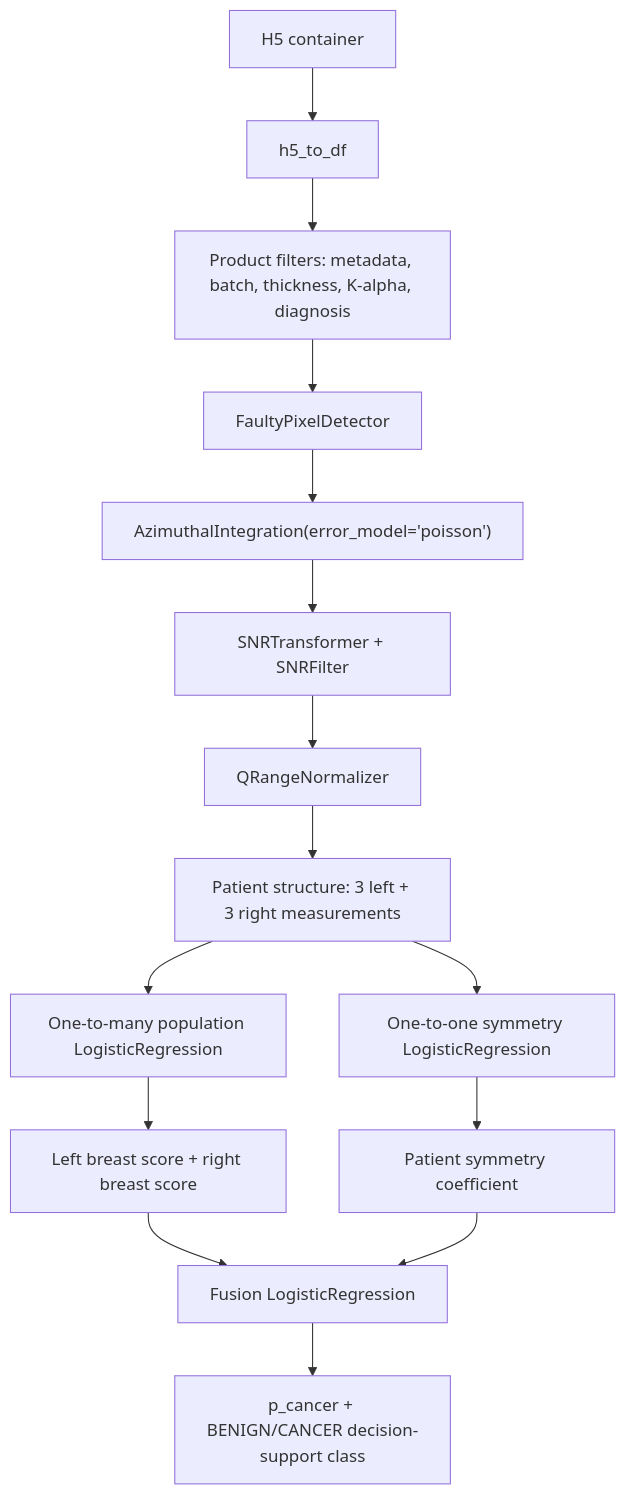
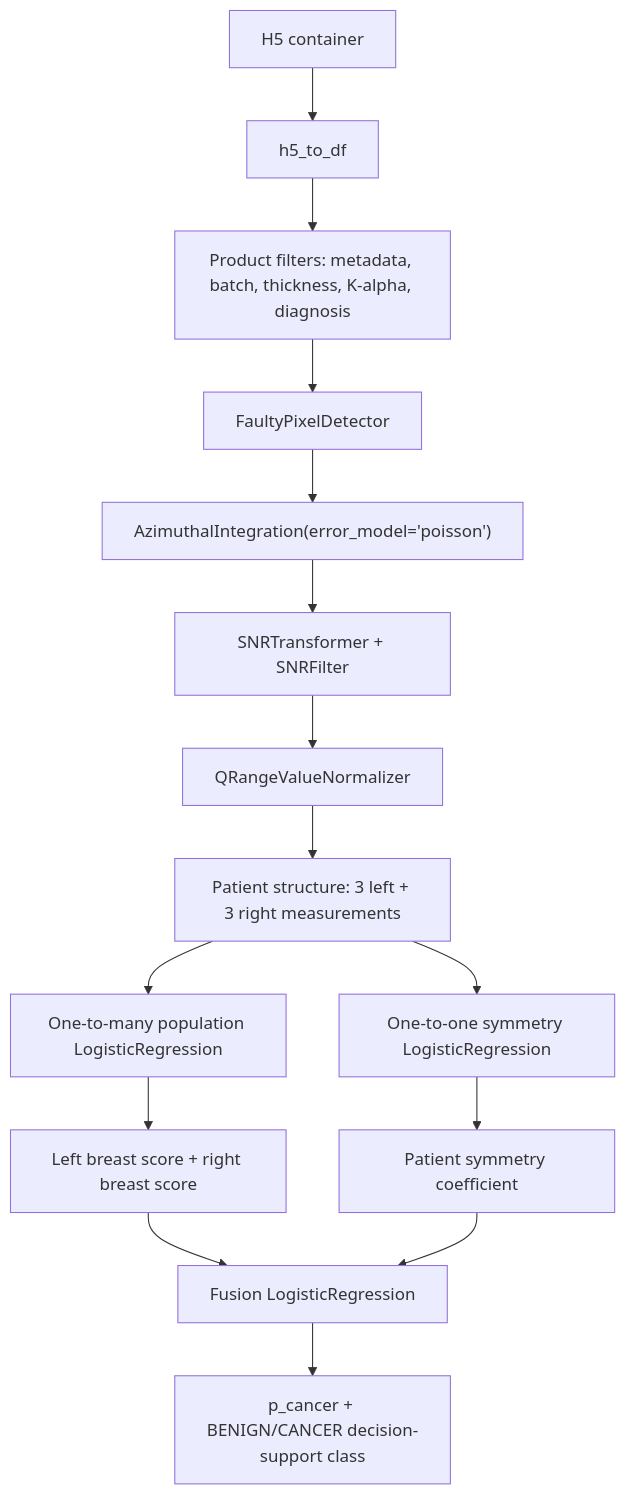
One commit to Eos-Dx/Bremen changed the diagram in docs/machine_learning_concept.md. Above: the diagram before and after it, drawn with Mermaid. The commit also changed 20 other files, not shown here.

````diff
--- a/docs/machine_learning_concept.md
+++ b/docs/machine_learning_concept.md
@@ -312,17 +312,17 @@
 ```mermaid
 flowchart TD
     A["H5 container"] --> B["h5_to_df"]
     B --> C["Product filters: metadata, batch, thickness, K-alpha, diagnosis"]
     C --> D["FaultyPixelDetector"]
     D --> E["AzimuthalIntegration(error_model='poisson')"]
     E --> F["SNRTransformer + SNRFilter"]
-    F --> G["QRangeNormalizer"]
+    F --> G["QRangeValueNormalizer"]
     G --> H["Patient structure: 3 left + 3 right measurements"]
     H --> I["One-to-many population LogisticRegression"]
     H --> J["One-to-one symmetry LogisticRegression"]
     I --> I1["Left breast score + right breast score"]
     J --> J1["Patient symmetry coefficient"]
     I1 --> K["Fusion LogisticRegression"]
     J1 --> K
     K --> L["p_cancer + BENIGN/CANCER decision-support class"]
 ```
````
